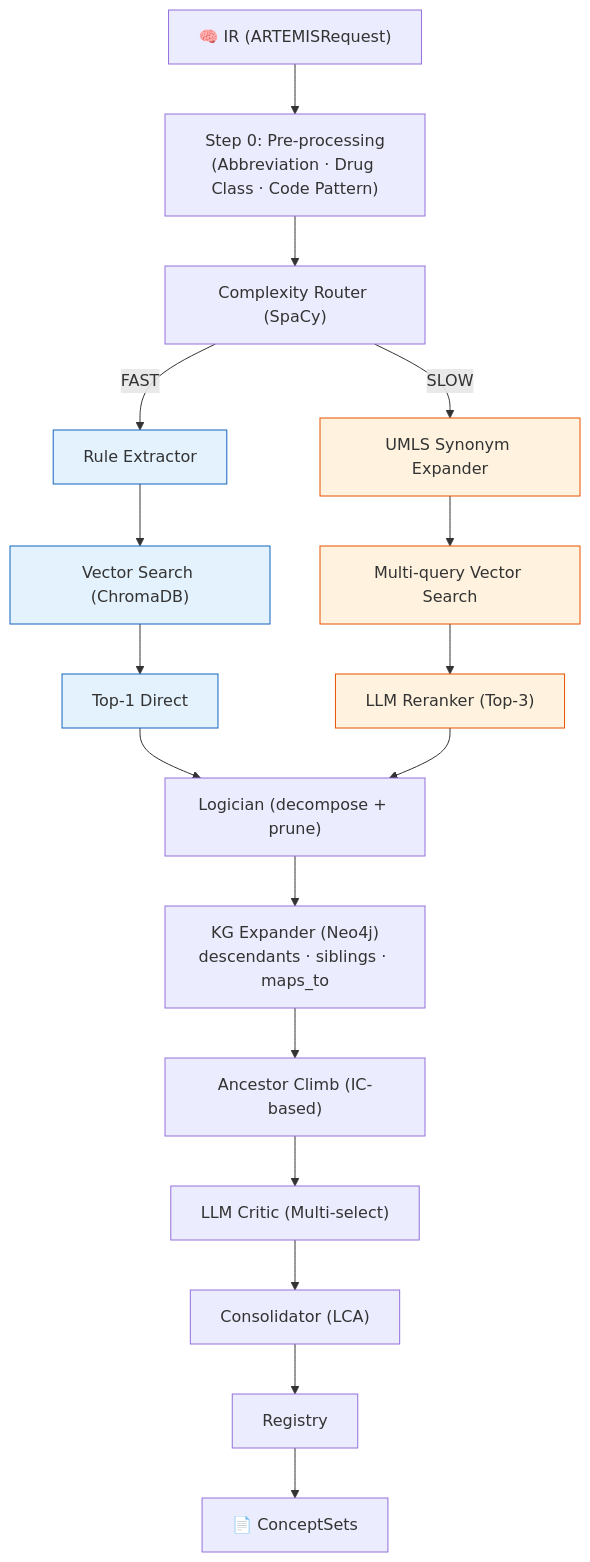
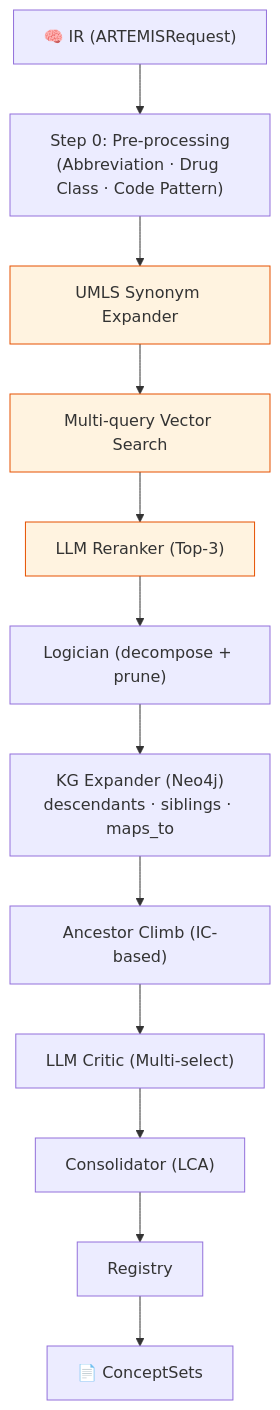
The diagram in docs/mapping_agent_explanation.md (snubilab/artemis), drawn with Mermaid before and after one commit. The commit also changed other lines of this file and 21 other files, not shown here.

````diff
--- a/docs/mapping_agent_explanation.md
+++ b/docs/mapping_agent_explanation.md
@@ -36,31 +38,21 @@
 ```mermaid
 graph TD
     INPUT["🧠 IR (ARTEMISRequest)"] --> PREPROC["Step 0: Pre-processing<br/>(Abbreviation · Drug Class · Code Pattern)"]
-    PREPROC --> ROUTER["Complexity Router (SpaCy)"]
-
-    ROUTER -->|"FAST"| RULE["Rule Extractor"]
-    ROUTER -->|"SLOW"| UMLS["UMLS Synonym Expander"]
-
-    RULE --> VS1["Vector Search (ChromaDB)"]
-    VS1 --> TOP1["Top-1 Direct"]
+    PREPROC --> UMLS["UMLS Synonym Expander"]
 
     UMLS --> VS2["Multi-query Vector Search"]
     VS2 --> RERANK["LLM Reranker (Top-3)"]
 
-    TOP1 --> LOGICIAN["Logician (decompose + prune)"]
-    RERANK --> LOGICIAN
+    RERANK --> LOGICIAN["Logician (decompose + prune)"]
 
     LOGICIAN --> KG["KG Expander (Neo4j)<br/>descendants · siblings · maps_to"]
     KG --> CLIMB["Ancestor Climb (IC-based)"]
     CLIMB --> CRITIC["LLM Critic (Multi-select)"]
     CRITIC --> CONSOLIDATOR["Consolidator (LCA)"]
     CONSOLIDATOR --> REGISTRY["Registry"]
     REGISTRY --> OUTPUT["📄 ConceptSets"]
 
-    style RULE fill:#E3F2FD,stroke:#1565C0
-    style VS1 fill:#E3F2FD,stroke:#1565C0
-    style TOP1 fill:#E3F2FD,stroke:#1565C0
     style UMLS fill:#FFF3E0,stroke:#E65100
     style VS2 fill:#FFF3E0,stroke:#E65100
     style RERANK fill:#FFF3E0,stroke:#E65100
 ```
````
